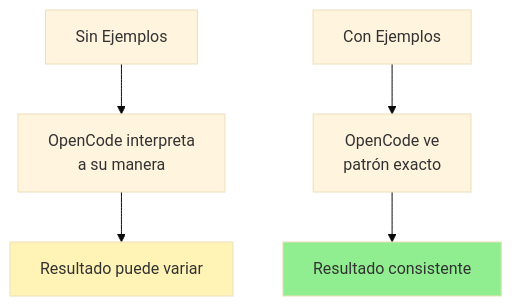
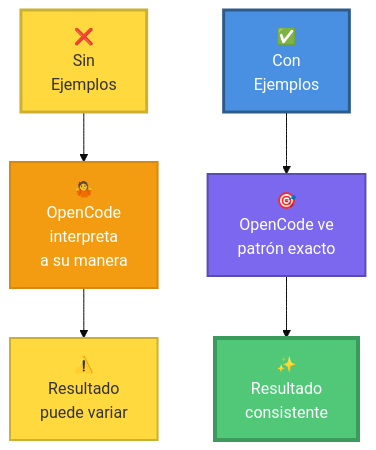
The sixth of 18 diagrams in courses/🟡-development/FPUNA-2026/00-FUNDAMENTOS-PRINCIPALES/03-ingenieria-prompts.md (Ai-Whisperers/Courses-Content), drawn with Mermaid (base theme) before and after one commit. The commit also changed other lines of this file, not shown here.

First line of the commit message:
Improve 10/18 Mermaid diagrams in 03-ingenieria-prompts.md

````diff
--- a/courses/🟡-development/FPUNA-2026/00-FUNDAMENTOS-PRINCIPALES/03-ingenieria-prompts.md
+++ b/courses/🟡-development/FPUNA-2026/00-FUNDAMENTOS-PRINCIPALES/03-ingenieria-prompts.md
@@ -380,11 +380,15 @@
 ```mermaid
 graph TB
-    A[Sin Ejemplos] --> B[OpenCode interpreta<br/>a su manera]
-    B --> C[Resultado puede variar]
+    A["❌<br/>Sin<br/>Ejemplos"] --> B["🤷<br/>OpenCode<br/>interpreta<br/>a su manera"]
+    B --> C["⚠️<br/>Resultado<br/>puede variar"]
     
-    D[Con Ejemplos] --> E[OpenCode ve<br/>patrón exacto]
-    E --> F[Resultado consistente]
+    D["✅<br/>Con<br/>Ejemplos"] --> E["🎯<br/>OpenCode ve<br/>patrón exacto"]
+    E --> F["✨<br/>Resultado<br/>consistente"]
     
-    style C fill:#FFF4B6
-    style F fill:#90EE90
+    style A fill:#FFD93D,stroke:#CCB031,stroke-width:3px,color:#333
+    style B fill:#F39C12,stroke:#D68910,stroke-width:2px,color:#fff
+    style C fill:#FFD93D,stroke:#CCB031,stroke-width:2px,color:#333
+    style D fill:#4A90E2,stroke:#2E5C8A,stroke-width:3px,color:#fff
+    style E fill:#7B68EE,stroke:#5A4BB5,stroke-width:2px,color:#fff
+    style F fill:#50C878,stroke:#3A9B5C,stroke-width:4px,color:#fff
 ```
````
